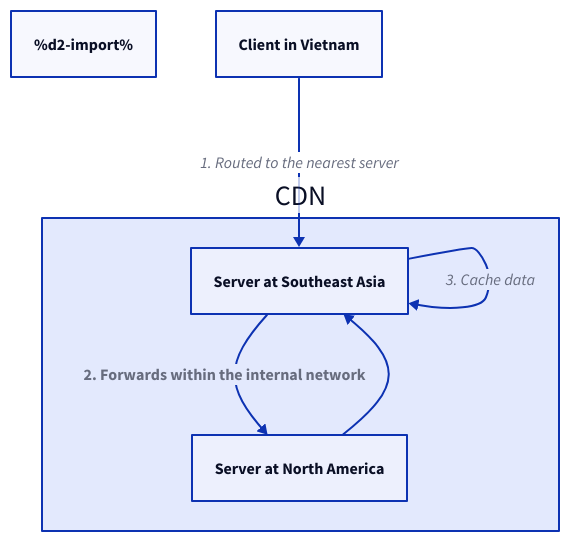
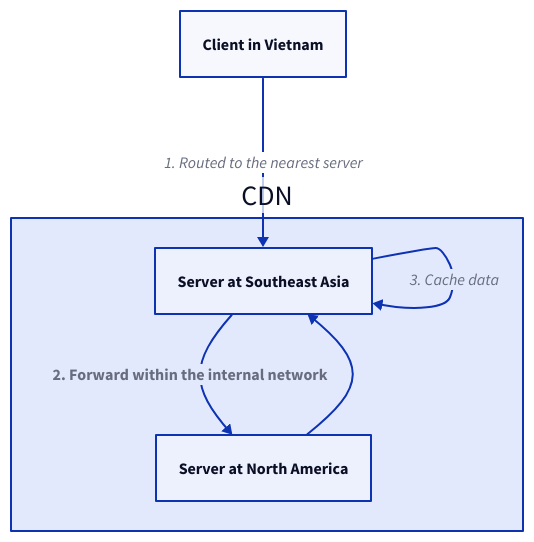
One commit to link1905/system-design-101 changed diagram 17 of 19 in content/docs/data-persistence/media-storage.md. Above: the diagram before and after it, drawn with D2. The commit also changed other lines of this file and 8 other files, not shown here.

````diff
--- a/content/docs/data-persistence/media-storage.md
+++ b/content/docs/data-persistence/media-storage.md
@@ -244,21 +576,20 @@
 ```d2
-%d2-import%
 cdn: CDN {
   s1: Server at Southeast Asia {
     class: server
   }
   s2: Server at North America { 
     class: server
   } 
 }
 c: Client in Vietnam {
   class: client
 }
 
 c -> cdn.s1: 1. Routed to the nearest server
-cdn.s1 -> cdn.s2: 2. Forwards within the internal network {  
+cdn.s1 -> cdn.s2: 2. Forward within the internal network {  
   style.bold: true
 }
 cdn.s2 -> cdn.s1
 cdn.s1 -> cdn.s1: 3. Cache data
 ```
````
